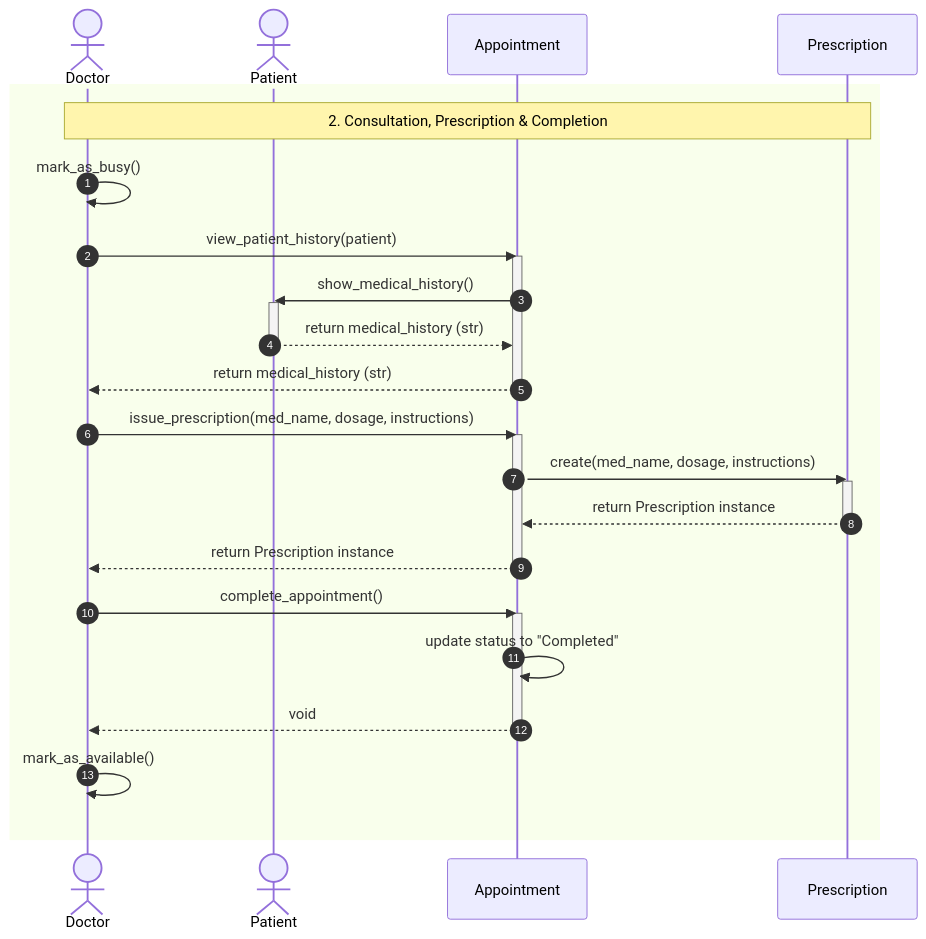
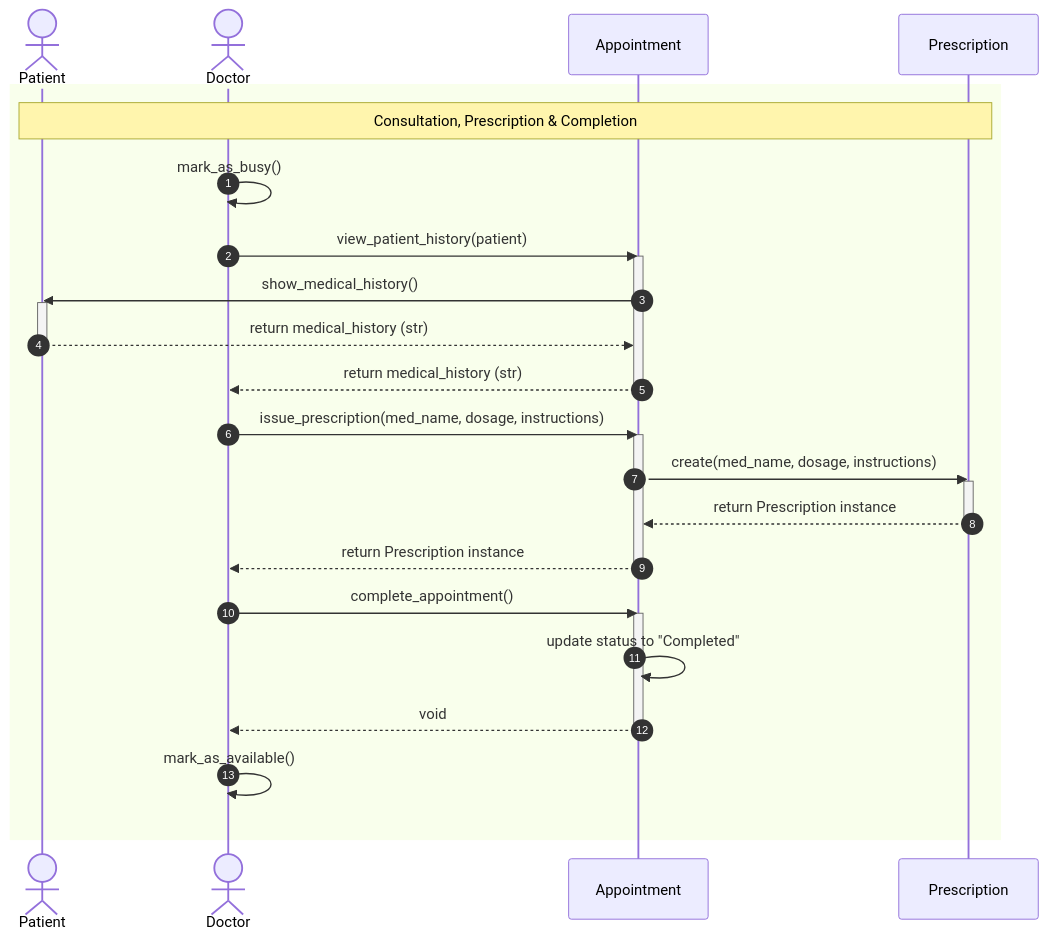
One commit to akanazi0/UML-design-lab changed the diagram in Consultation_Sequence_diagram.mmd. Above: the diagram before and after it, drawn with Mermaid.

Commit message:
Fix actor reference in Consultation sequence diagram note

```diff
--- a/Consultation_Sequence_diagram.mmd
+++ b/Consultation_Sequence_diagram.mmd
@@ -1,37 +1,37 @@
 sequenceDiagram
     autonumber
+    actor P as Patient
     actor D as Doctor
-    actor P as Patient
     participant A as Appointment
     participant Rx as Prescription
 
     rect
-        note over D, Rx: 2. Consultation, Prescription & Completion
+        note over P, Rx: Consultation, Prescription & Completion
         D->>D: mark_as_busy()
 
         D->>A: view_patient_history(patient)
         activate A
         A->>P: show_medical_history()
         activate P
         P-->>A: return medical_history (str)
         deactivate P
         A-->>D: return medical_history (str)
         deactivate A
 
         D->>A: issue_prescription(med_name, dosage, instructions)
         activate A
         A->>Rx: create(med_name, dosage, instructions)
         activate Rx
         Rx-->>A: return Prescription instance
         deactivate Rx
         A-->>D: return Prescription instance
         deactivate A
 
         D->>A: complete_appointment()
         activate A
         A->>A: update status to "Completed"
         A-->>D: void
         deactivate A
 
         D->>D: mark_as_available()
     end
```
